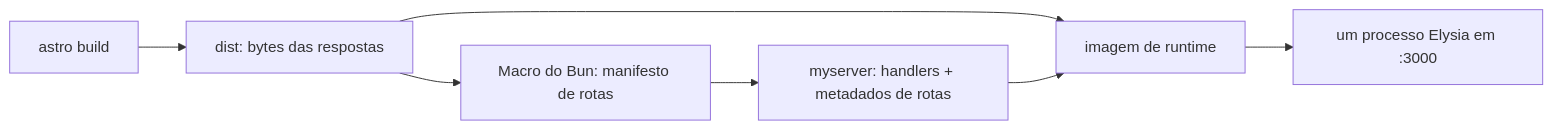
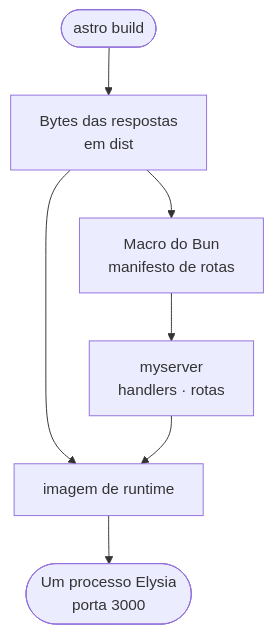
One commit to ErickCReis/ErickCReis changed the first of 2 diagrams in web/content/blog/shipping-astro-from-a-bun-server.pt-BR.mdx. Above: the diagram before and after it, drawn with Mermaid. The commit also changed other lines of this file and 23 other files, not shown here.

Commit message:
Polish Mermaid diagrams across blog posts

````diff
--- a/web/content/blog/shipping-astro-from-a-bun-server.pt-BR.mdx
+++ b/web/content/blog/shipping-astro-from-a-bun-server.pt-BR.mdx
@@ -10,9 +10,9 @@
 ```mermaid center
-flowchart LR
-  Astro["astro build"] --> Dist["dist: bytes das respostas"]
-  Dist --> Macro["Macro do Bun: manifesto de rotas"]
-  Macro --> Binary["myserver: handlers + metadados de rotas"]
+flowchart TB
+  Astro(["astro build"]) --> Dist["Bytes das respostas<br/>em dist"]
+  Dist --> Macro["Macro do Bun<br/>manifesto de rotas"]
+  Macro --> Binary["myserver<br/>handlers · rotas"]
   Dist --> Image["imagem de runtime"]
   Binary --> Image
-  Image --> Elysia["um processo Elysia em :3000"]
+  Image --> Elysia(["Um processo Elysia<br/>porta 3000"])
 ```
````
